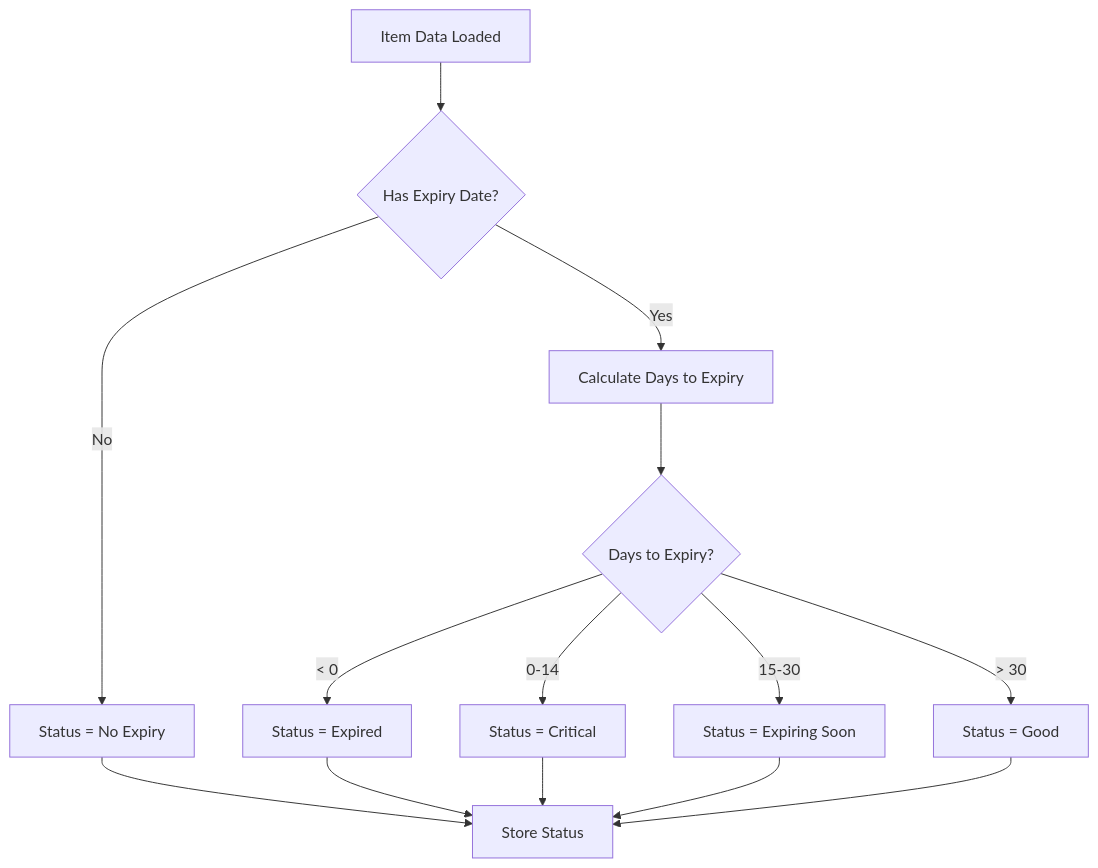
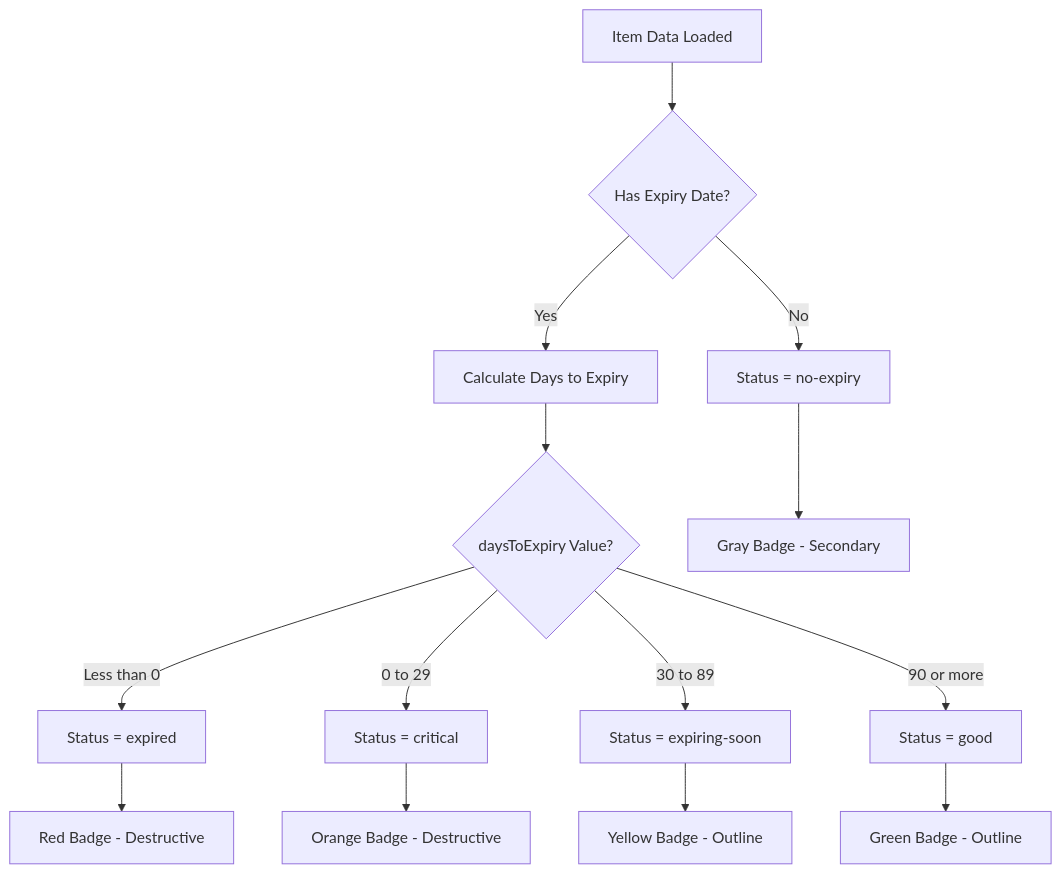
The third of 23 diagrams in docs/app/inventory-management/stock-overview/inventory-aging/FD-inventory-aging.md (PeakMNA/carmen), drawn with Mermaid before and after one commit. The commit also changed other lines of this file and 473 other files, not shown here.

````diff
--- a/docs/app/inventory-management/stock-overview/inventory-aging/FD-inventory-aging.md
+++ b/docs/app/inventory-management/stock-overview/inventory-aging/FD-inventory-aging.md
@@ -59,16 +72,16 @@
 ```mermaid
-flowchart TD
+graph TD
     A[Item Data Loaded] --> B{Has Expiry Date?}
-    B -->|No| C[Status = No Expiry]
+    B -->|No| C[Status = no-expiry]
     B -->|Yes| D[Calculate Days to Expiry]
-    D --> E{Days to Expiry?}
-    E -->|< 0| F[Status = Expired]
-    E -->|0-14| G[Status = Critical]
-    E -->|15-30| H[Status = Expiring Soon]
-    E -->|> 30| I[Status = Good]
-    C --> J[Store Status]
-    F --> J
-    G --> J
-    H --> J
-    I --> J
+    D --> E{daysToExpiry Value?}
+    E -->|Less than 0| F[Status = expired]
+    E -->|0 to 29| G[Status = critical]
+    E -->|30 to 89| H[Status = expiring-soon]
+    E -->|90 or more| I[Status = good]
+    C --> J[Gray Badge - Secondary]
+    F --> K[Red Badge - Destructive]
+    G --> L[Orange Badge - Destructive]
+    H --> M[Yellow Badge - Outline]
+    I --> N[Green Badge - Outline]
 ```
````
